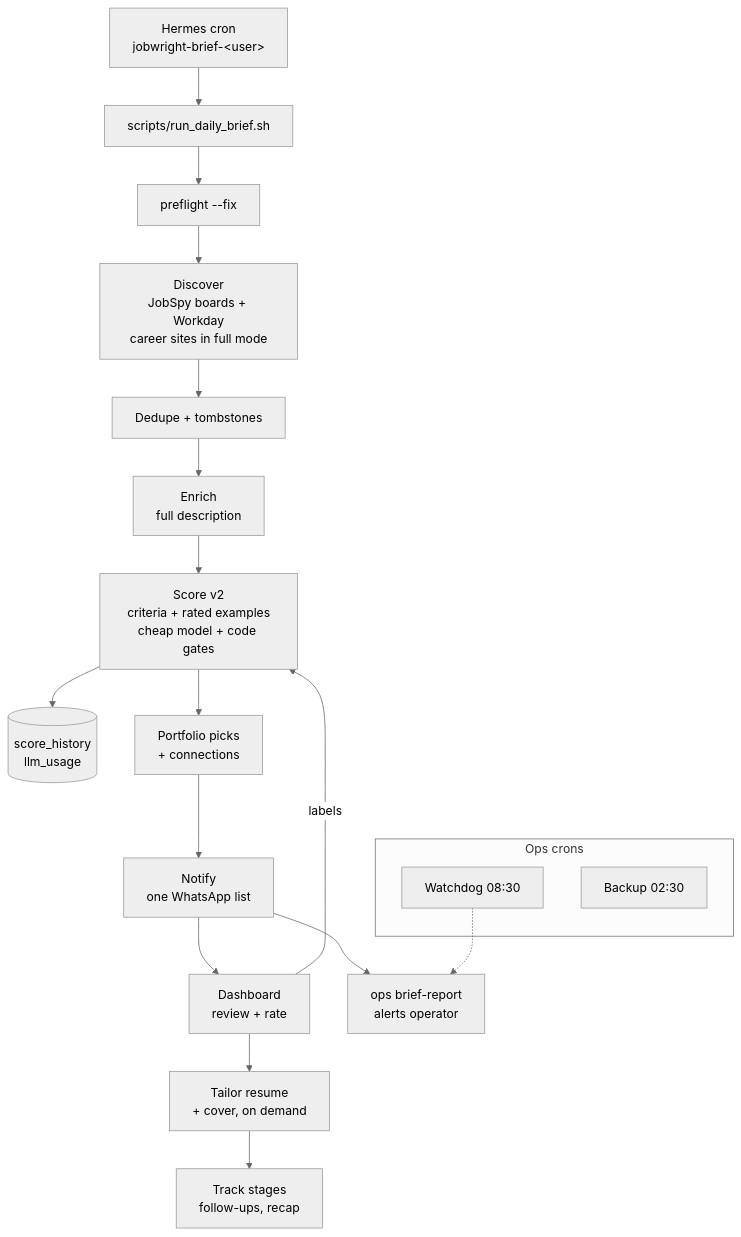
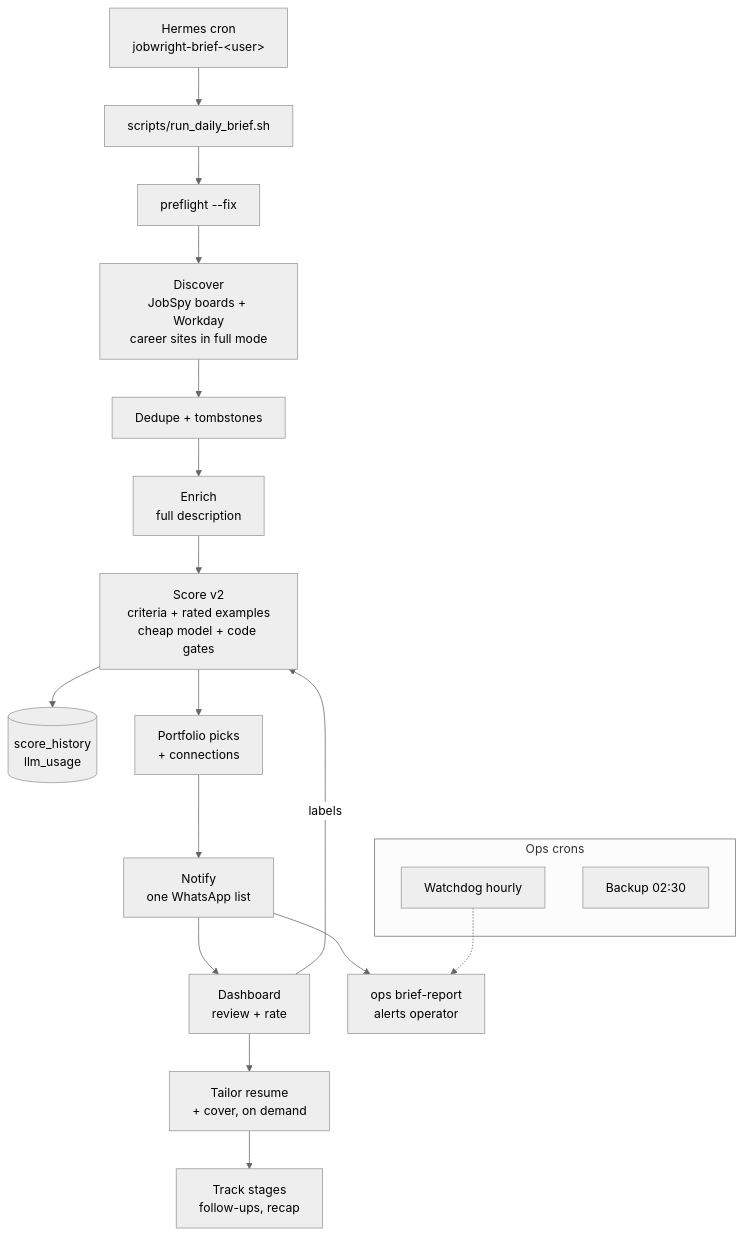
The diagram in README.md (parthchandak02/jobwright), drawn with Mermaid (neutral theme) before and after one commit. The commit also changed other lines of this file and 6 other files, not shown here.

````diff
--- a/README.md
+++ b/README.md
@@ -26,22 +26,22 @@
 ```mermaid
 flowchart TD
   cron["Hermes cron<br/>jobwright-brief-#lt;user#gt;"] --> brief["scripts/run_daily_brief.sh"]
   brief --> pre["preflight --fix"]
   pre --> disc["Discover<br/>JobSpy boards + Workday<br/>career sites in full mode"]
   disc --> dedupe["Dedupe + tombstones"]
   dedupe --> enrich["Enrich<br/>full description"]
   enrich --> score["Score v2<br/>criteria + rated examples<br/>cheap model + code gates"]
   score --> hist[("score_history<br/>llm_usage")]
   score --> extra["Portfolio picks<br/>+ connections"]
   extra --> notify["Notify<br/>one WhatsApp list"]
   notify --> dash["Dashboard<br/>review + rate"]
   dash -- labels --> score
   dash --> tailor["Tailor resume<br/>+ cover, on demand"]
   tailor --> track["Track stages<br/>follow-ups, recap"]
   notify --> report["ops brief-report<br/>alerts operator"]
   subgraph opscron["Ops crons"]
-    watchdog["Watchdog 08:30"]
+    watchdog["Watchdog hourly"]
     backup["Backup 02:30"]
   end
   watchdog -.-> report
 ```
````
